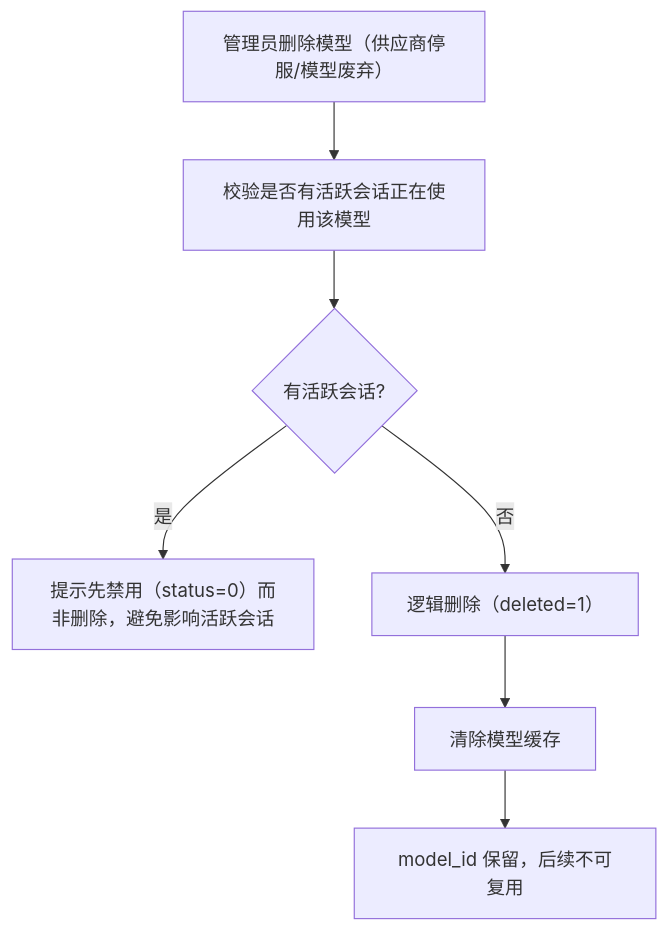
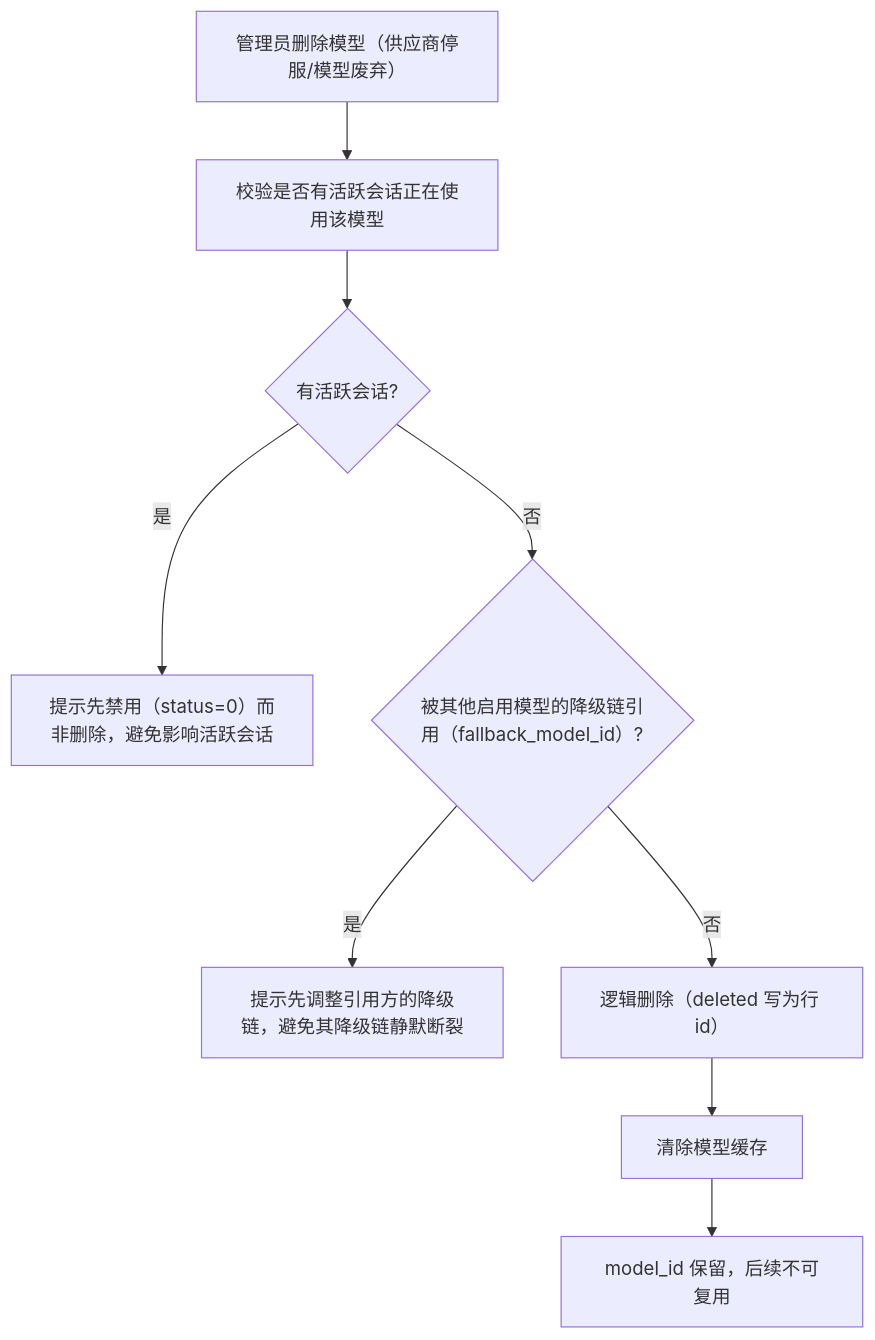
The fourth of 4 diagrams in dehaze-doc/docs/03-模块设计/基础模块/AI模型管理/后端实现.md (earthy-zinc/dehaze-system), drawn with Mermaid before and after one commit. The commit also changed other lines of this file and 2348 other files, not shown here.

````diff
--- a/dehaze-doc/docs/03-模块设计/基础模块/AI模型管理/后端实现.md
+++ b/dehaze-doc/docs/03-模块设计/基础模块/AI模型管理/后端实现.md
@@ -248,9 +255,11 @@
 ```mermaid
 flowchart TD
     A["管理员删除模型（供应商停服/模型废弃）"] --> B["校验是否有活跃会话正在使用该模型"]
     B --> C{"有活跃会话?"}
     C -->|是| D["提示先禁用（status=0）而非删除，避免影响活跃会话"]
-    C -->|否| E["逻辑删除（deleted=1）"]
+    C -->|否| B2{"被其他启用模型的降级链引用（fallback_model_id）?"}
+    B2 -->|是| D2["提示先调整引用方的降级链，避免其降级链静默断裂"]
+    B2 -->|否| E["逻辑删除（deleted 写为行 id）"]
     E --> F["清除模型缓存"]
     F --> G["model_id 保留，后续不可复用"]
 ```
````
